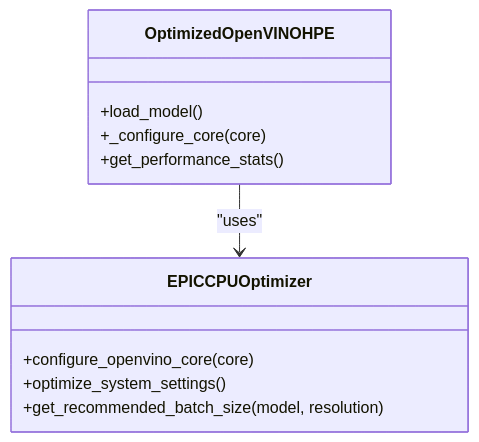
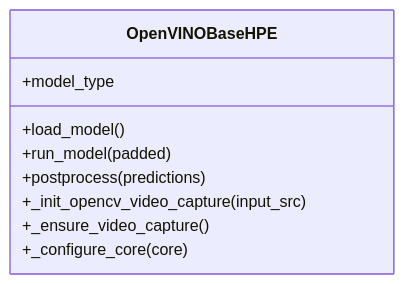
Before and after one commit to Fogus-Gr/MeasurementsDTs: the sixth of 10 diagrams in .qoder/repowiki/en/content/Core Architecture/Core Architecture.md, drawn with Mermaid. The commit also changed other lines of this file and 158 other files, not shown here.

````diff
--- a/.qoder/repowiki/en/content/Core Architecture/Core Architecture.md
+++ b/.qoder/repowiki/en/content/Core Architecture/Core Architecture.md
@@ -380,14 +246,12 @@
 ```mermaid
 classDiagram
-class OptimizedOpenVINOHPE {
+class OpenVINOBaseHPE {
++model_type
 +load_model()
++run_model(padded)
++postprocess(predictions)
++_init_opencv_video_capture(input_src)
++_ensure_video_capture()
 +_configure_core(core)
-+get_performance_stats()
 }
-class EPICCPUOptimizer {
-+configure_openvino_core(core)
-+optimize_system_settings()
-+get_recommended_batch_size(model, resolution)
-}
-OptimizedOpenVINOHPE --> EPICCPUOptimizer : "uses"
 ```
````
